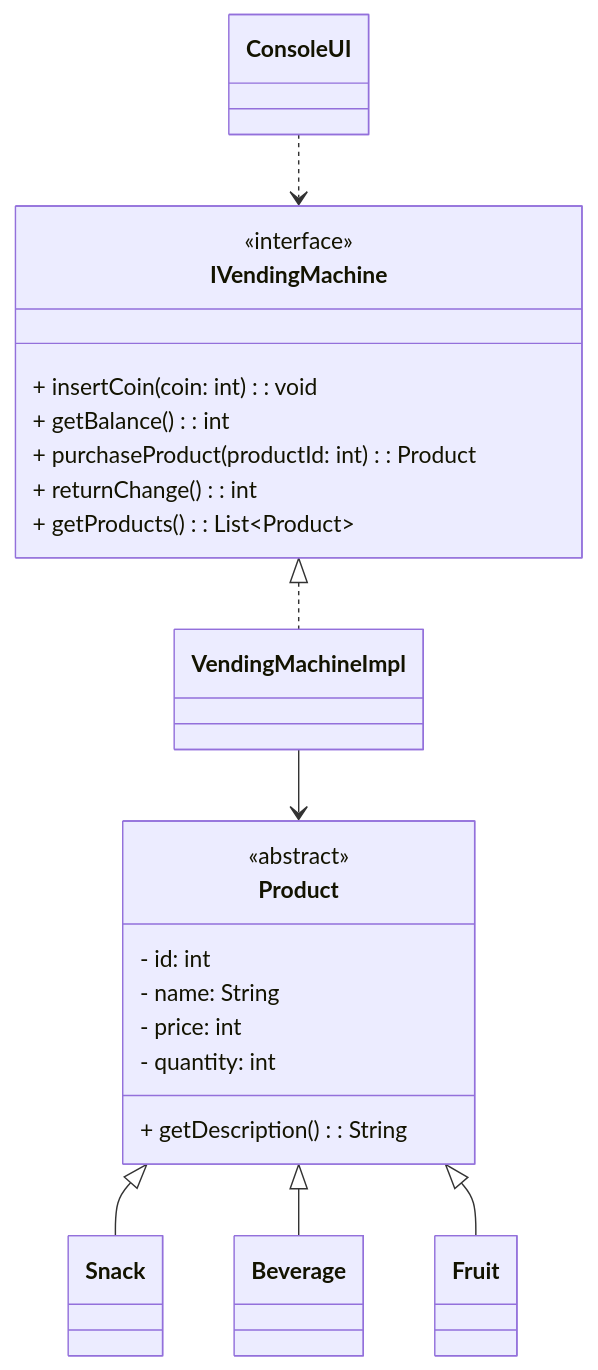
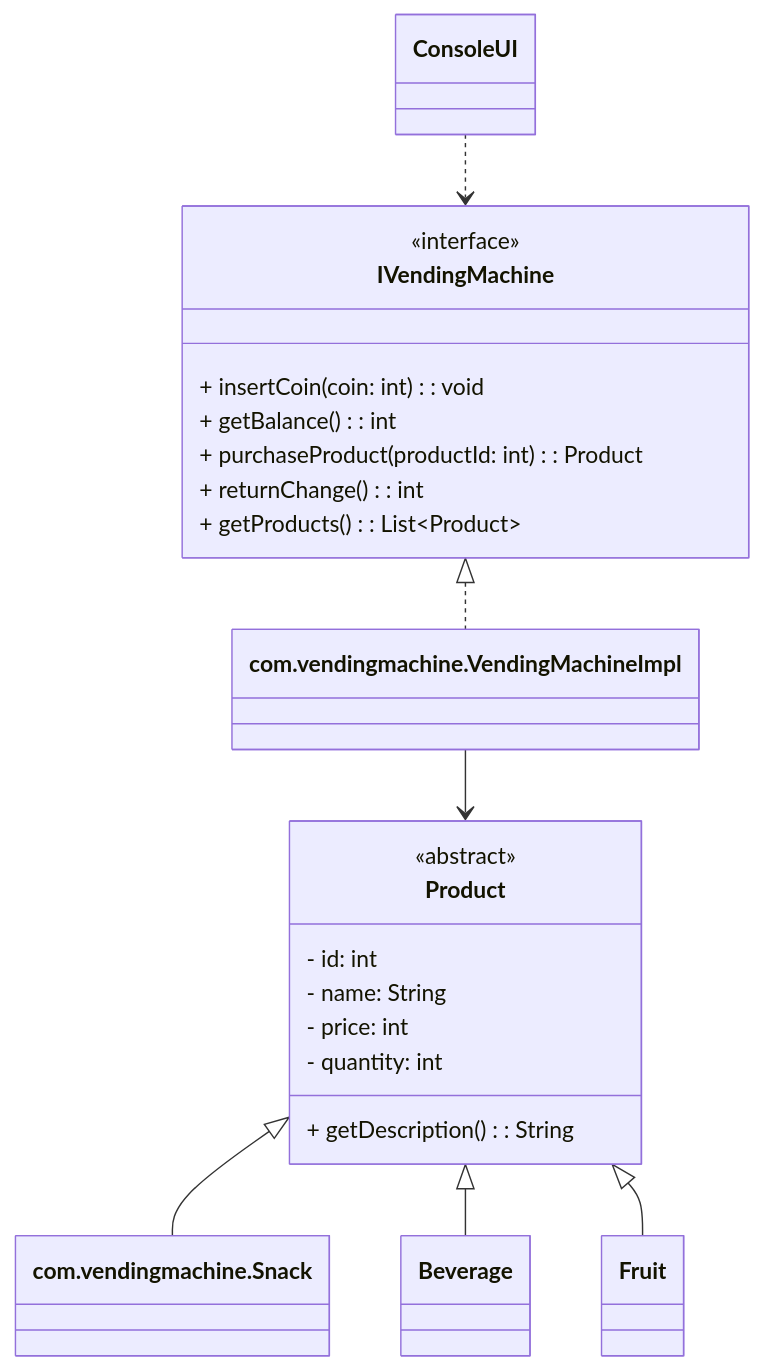
The diagram in OOP2_Workshop.md (KristyH89/Workshop8-OOP2-VendingMachine), drawn with Mermaid before and after one commit. The commit also changed other lines of this file and 15 other files, not shown here.

````diff
--- a/OOP2_Workshop.md
+++ b/OOP2_Workshop.md
@@ -80,34 +80,34 @@
 ```mermaid
   classDiagram
     class IVendingMachine {
         <<interface>>
         + insertCoin(coin: int): void
         + getBalance(): int
         + purchaseProduct(productId: int): Product
         + returnChange(): int
         + getProducts(): List~Product~
     }
 
     class Product {
         <<abstract>>
         - id: int
         - name: String
         - price: int
         - quantity: int
         + getDescription(): String
     }
 
-    class Snack
+    class com.vendingmachine.Snack
     class Beverage
     class Fruit
 
-    class VendingMachineImpl
+    class com.vendingmachine.VendingMachineImpl
     class ConsoleUI
 
-    Product <|-- Snack
+    Product <|-- com.vendingmachine.Snack
     Product <|-- Beverage
     Product <|-- Fruit
-    IVendingMachine <|.. VendingMachineImpl
-    VendingMachineImpl --> Product
+    IVendingMachine <|.. com.vendingmachine.VendingMachineImpl
+    com.vendingmachine.VendingMachineImpl --> Product
     ConsoleUI ..> IVendingMachine
 ```
````
